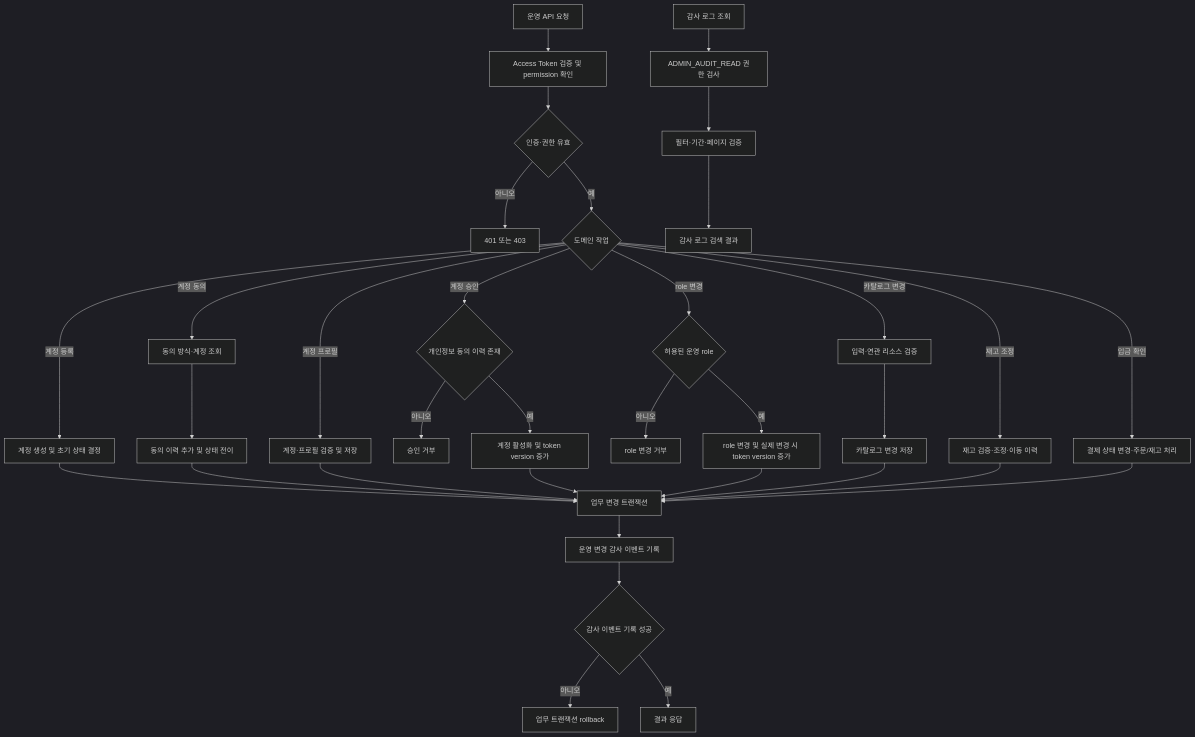
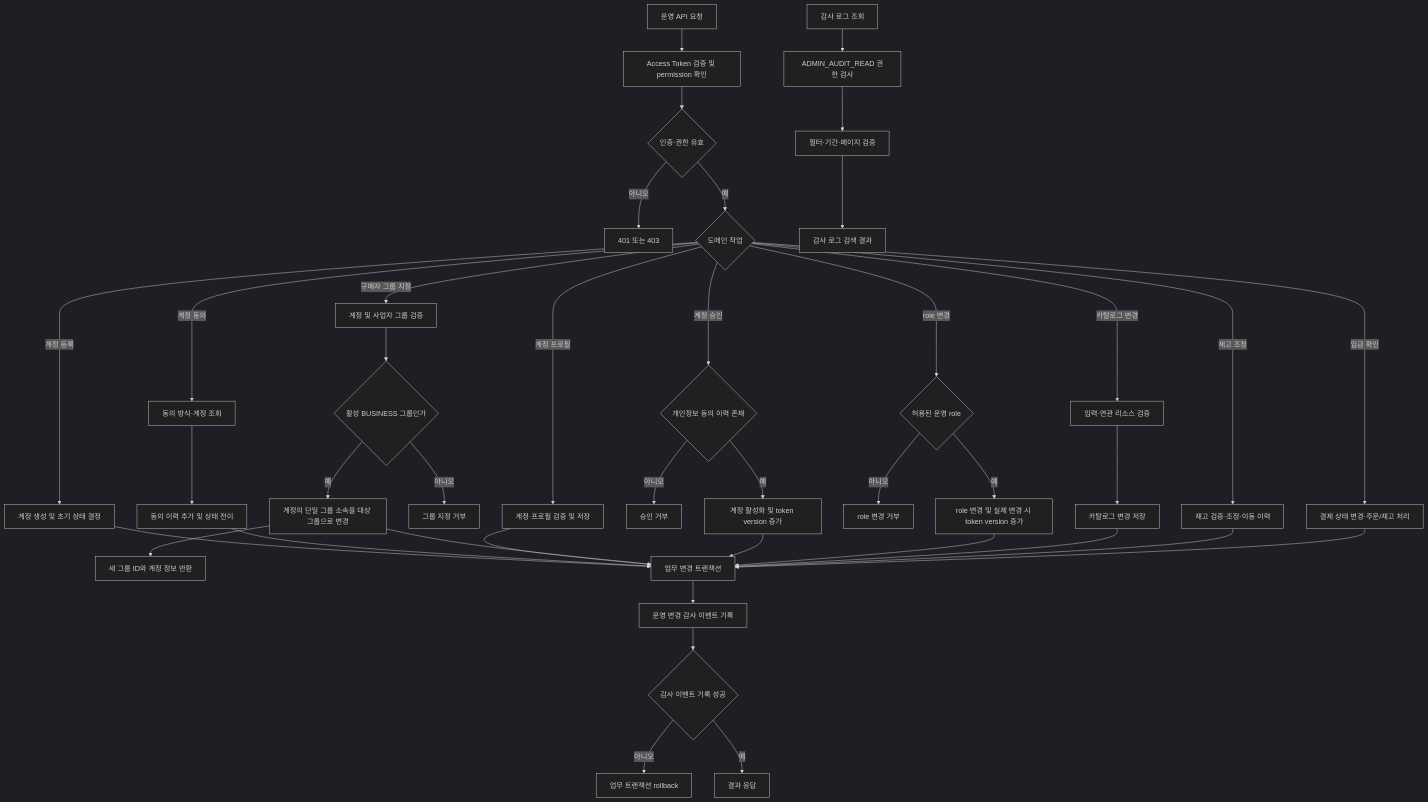
One commit to DongHyeonEom/umji-market-api changed the diagram in docs/services/operation.md. Above: the diagram before and after it, drawn with Mermaid (dark theme). The commit also changed other lines of this file and 31 other files, not shown here.

````diff
--- a/docs/services/operation.md
+++ b/docs/services/operation.md
@@ -5,39 +5,45 @@
 ```mermaid
 flowchart TD
     A[운영 API 요청] --> B[Access Token 검증 및 permission 확인]
     B --> C{인증·권한 유효}
     C -- 아니오 --> D[401 또는 403]
     C -- 예 --> E{도메인 작업}
 
     E -- 계정 등록 --> F[계정 생성 및 초기 상태 결정]
     E -- 계정 동의 --> G[동의 방식·계정 조회]
     G --> H[동의 이력 추가 및 상태 전이]
     E -- 계정 프로필 --> I[계정·프로필 검증 및 저장]
+    E -- 구매자 그룹 지정 --> BG[계정 및 사업자 그룹 검증]
+    BG --> BGTYPE{활성 BUSINESS 그룹인가}
+    BGTYPE -- 아니오 --> BGERR[그룹 지정 거부]
+    BGTYPE -- 예 --> BGMEMBER[계정의 단일 그룹 소속을 대상 그룹으로 변경]
+    BGMEMBER --> BGRESULT[새 그룹 ID와 계정 정보 반환]
     E -- 계정 승인 --> J{개인정보 동의 이력 존재}
     J -- 아니오 --> K[승인 거부]
     J -- 예 --> L[계정 활성화 및 token version 증가]
     E -- role 변경 --> M{허용된 운영 role}
     M -- 아니오 --> N[role 변경 거부]
     M -- 예 --> O[role 변경 및 실제 변경 시 token version 증가]
     E -- 카탈로그 변경 --> P[입력·연관 리소스 검증]
     P --> Q[카탈로그 변경 저장]
     E -- 재고 조정 --> R[재고 검증·조정·이동 이력]
     E -- 입금 확인 --> S[결제 상태 변경·주문/재고 처리]
 
     F --> T[업무 변경 트랜잭션]
     H --> T
     I --> T
+    BGMEMBER --> T
     L --> T
     O --> T
     Q --> T
     R --> T
     S --> T
     T --> U[운영 변경 감사 이벤트 기록]
     U --> V{감사 이벤트 기록 성공}
     V -- 아니오 --> W[업무 트랜잭션 rollback]
     V -- 예 --> X[결과 응답]
 
     Y[감사 로그 조회] --> Z[ADMIN_AUDIT_READ 권한 검사]
     Z --> AA[필터·기간·페이지 검증]
     AA --> AB[감사 로그 검색 결과]
 ```
````
